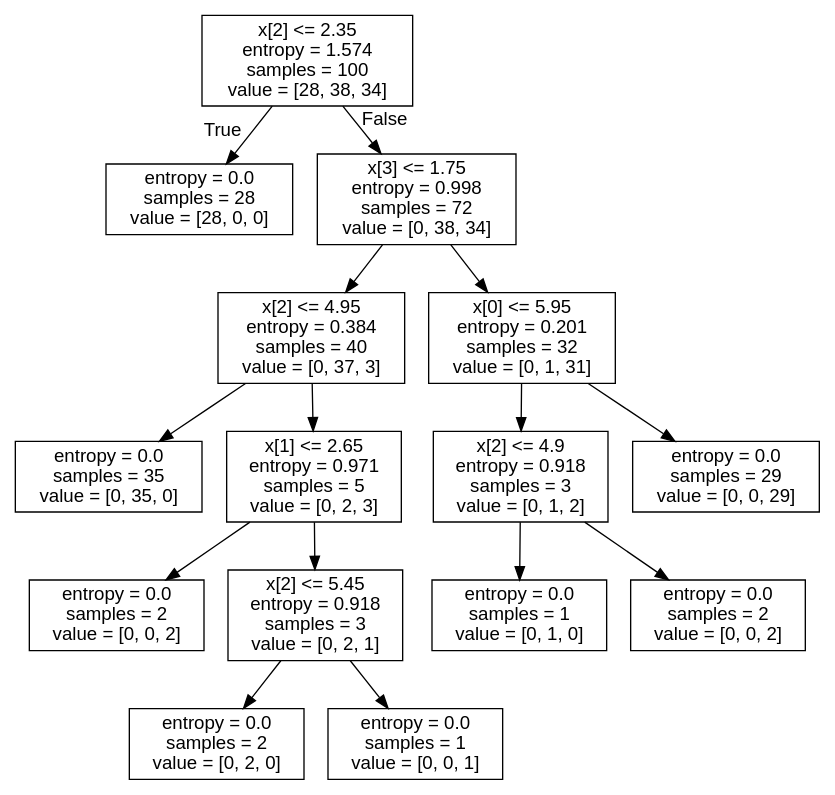
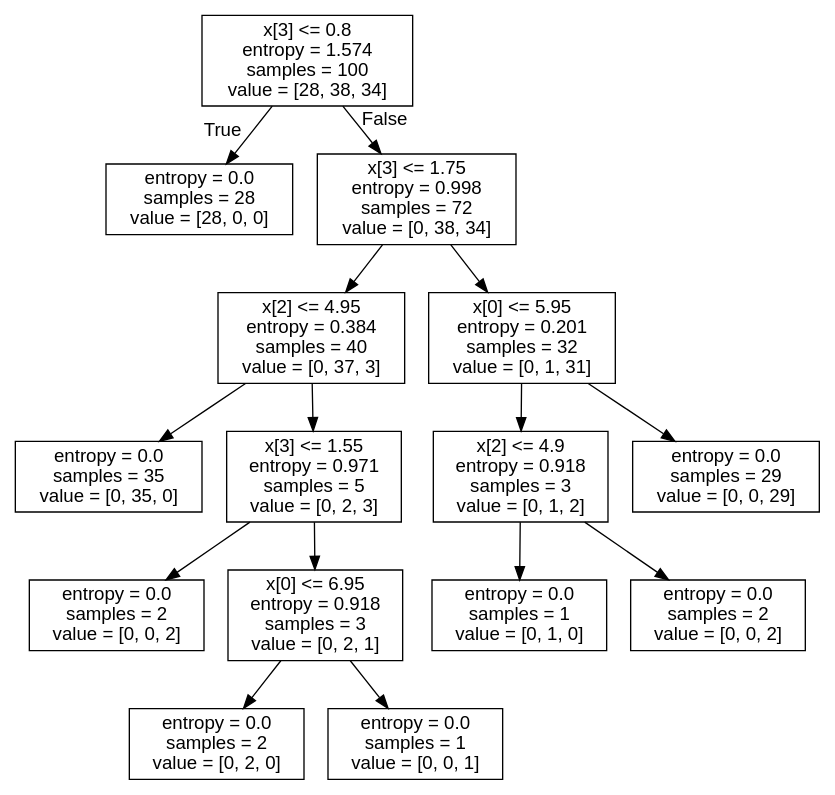
Before and after one commit to anjaneyak10/DecisionTree: the diagram in irisEntropy.dot, drawn with Graphviz. The commit also changed 4 other files, not shown here.

```diff
--- a/irisEntropy.dot
+++ b/irisEntropy.dot
@@ -1,33 +1,33 @@
 digraph Tree {
 node [shape=box, fontname="helvetica"] ;
 edge [fontname="helvetica"] ;
-0 [label="x[2] <= 2.35\nentropy = 1.574\nsamples = 100\nvalue = [28, 38, 34]"] ;
+0 [label="x[3] <= 0.8\nentropy = 1.574\nsamples = 100\nvalue = [28, 38, 34]"] ;
 1 [label="entropy = 0.0\nsamples = 28\nvalue = [28, 0, 0]"] ;
 0 -> 1 [labeldistance=2.5, labelangle=45, headlabel="True"] ;
 2 [label="x[3] <= 1.75\nentropy = 0.998\nsamples = 72\nvalue = [0, 38, 34]"] ;
 0 -> 2 [labeldistance=2.5, labelangle=-45, headlabel="False"] ;
 3 [label="x[2] <= 4.95\nentropy = 0.384\nsamples = 40\nvalue = [0, 37, 3]"] ;
 2 -> 3 ;
 4 [label="entropy = 0.0\nsamples = 35\nvalue = [0, 35, 0]"] ;
 3 -> 4 ;
-5 [label="x[1] <= 2.65\nentropy = 0.971\nsamples = 5\nvalue = [0, 2, 3]"] ;
+5 [label="x[3] <= 1.55\nentropy = 0.971\nsamples = 5\nvalue = [0, 2, 3]"] ;
 3 -> 5 ;
 6 [label="entropy = 0.0\nsamples = 2\nvalue = [0, 0, 2]"] ;
 5 -> 6 ;
-7 [label="x[2] <= 5.45\nentropy = 0.918\nsamples = 3\nvalue = [0, 2, 1]"] ;
+7 [label="x[0] <= 6.95\nentropy = 0.918\nsamples = 3\nvalue = [0, 2, 1]"] ;
 5 -> 7 ;
 8 [label="entropy = 0.0\nsamples = 2\nvalue = [0, 2, 0]"] ;
 7 -> 8 ;
 9 [label="entropy = 0.0\nsamples = 1\nvalue = [0, 0, 1]"] ;
 7 -> 9 ;
 10 [label="x[0] <= 5.95\nentropy = 0.201\nsamples = 32\nvalue = [0, 1, 31]"] ;
 2 -> 10 ;
 11 [label="x[2] <= 4.9\nentropy = 0.918\nsamples = 3\nvalue = [0, 1, 2]"] ;
 10 -> 11 ;
 12 [label="entropy = 0.0\nsamples = 1\nvalue = [0, 1, 0]"] ;
 11 -> 12 ;
 13 [label="entropy = 0.0\nsamples = 2\nvalue = [0, 0, 2]"] ;
 11 -> 13 ;
 14 [label="entropy = 0.0\nsamples = 29\nvalue = [0, 0, 29]"] ;
 10 -> 14 ;
 }
```
